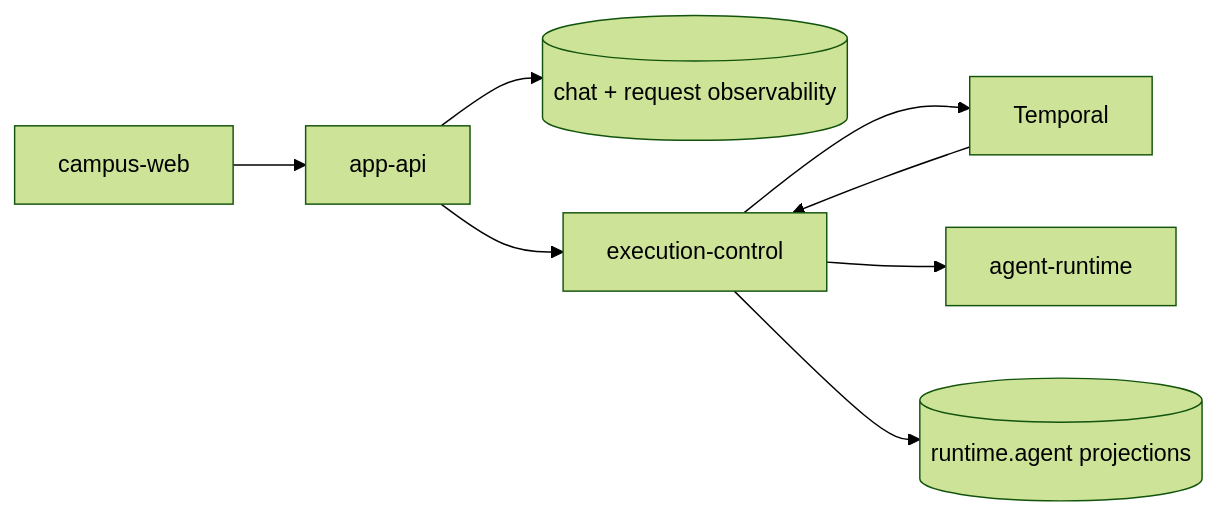
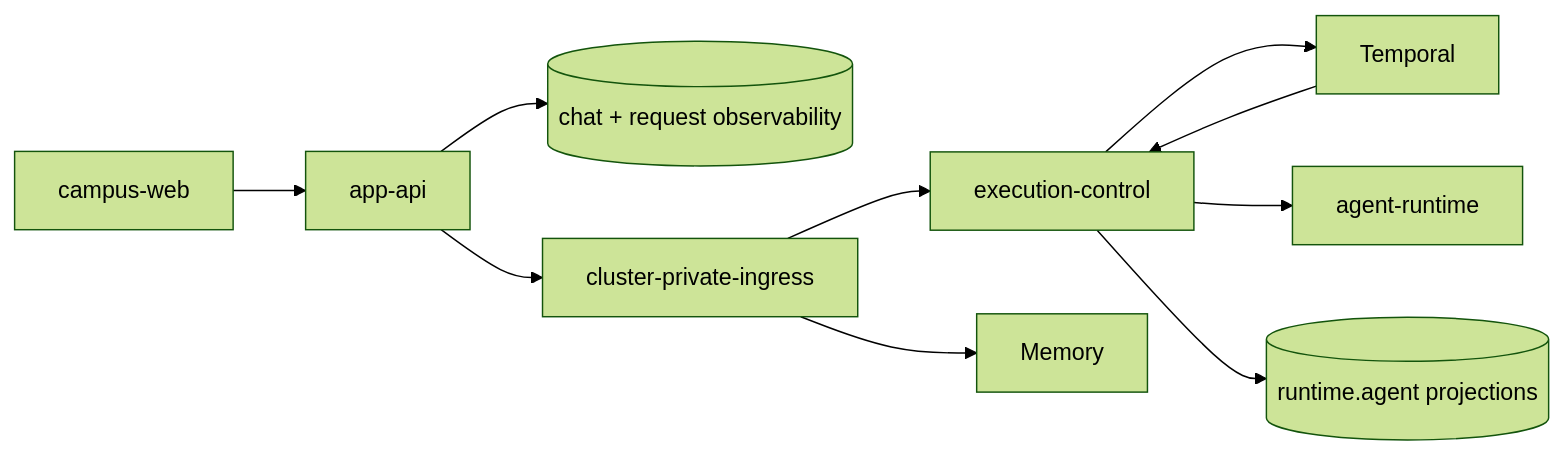
Before and after one commit to Luxfeier22331/campus-agent-main: the diagram in docs/architecture/system/product-runtime.md, drawn with Mermaid (forest theme). The commit also changed other lines of this file and 77 other files, not shown here.

````diff
--- a/docs/architecture/system/product-runtime.md
+++ b/docs/architecture/system/product-runtime.md
@@ -39,18 +39,21 @@
 ```mermaid
 flowchart LR
   Browser[campus-web]
   AppAPI[app-api]
   ProductDB[(chat + request observability)]
   Control[execution-control]
   Temporal[Temporal]
   Agent[agent-runtime]
   RunDB[(runtime.agent projections)]
 
   Browser --> AppAPI
   AppAPI --> ProductDB
-  AppAPI --> Control
+  PrivateIngress[cluster-private-ingress]
+  AppAPI --> PrivateIngress
+  PrivateIngress --> Control
+  PrivateIngress --> Memory
   Control --> Temporal
   Temporal --> Control
   Control --> Agent
   Control --> RunDB
 ```
````
